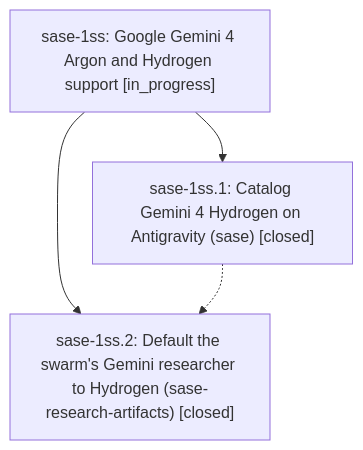
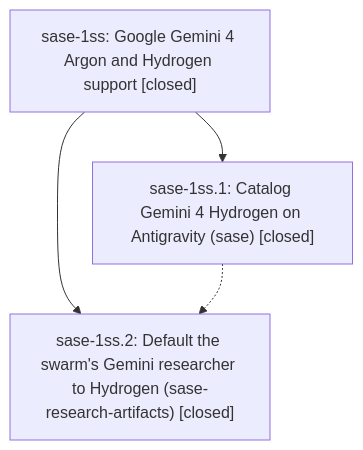
Before and after one commit to sase-org/sase--beads: the diagram in pages/sase-1ss/README.md, drawn with Mermaid. The commit also changed other lines of this file and 1 other file, not shown here.

First line of the commit message:
chore(beads): sync bead state and pages for sase-1ss

````diff
--- a/pages/sase-1ss/README.md
+++ b/pages/sase-1ss/README.md
@@ -35,9 +48,9 @@
 ```mermaid
 flowchart TD
-    n0["sase-1ss: Google Gemini 4 Argon and Hydrogen support [in_progress]"]
+    n0["sase-1ss: Google Gemini 4 Argon and Hydrogen support [closed]"]
     n1["sase-1ss.1: Catalog Gemini 4 Hydrogen on Antigravity (sase) [closed]"]
     n2["sase-1ss.2: Default the swarm's Gemini researcher to Hydrogen (sase-research-artifacts) [closed]"]
     n0 --> n1
     n0 --> n2
     n1 -.-> n2
 ```
````
